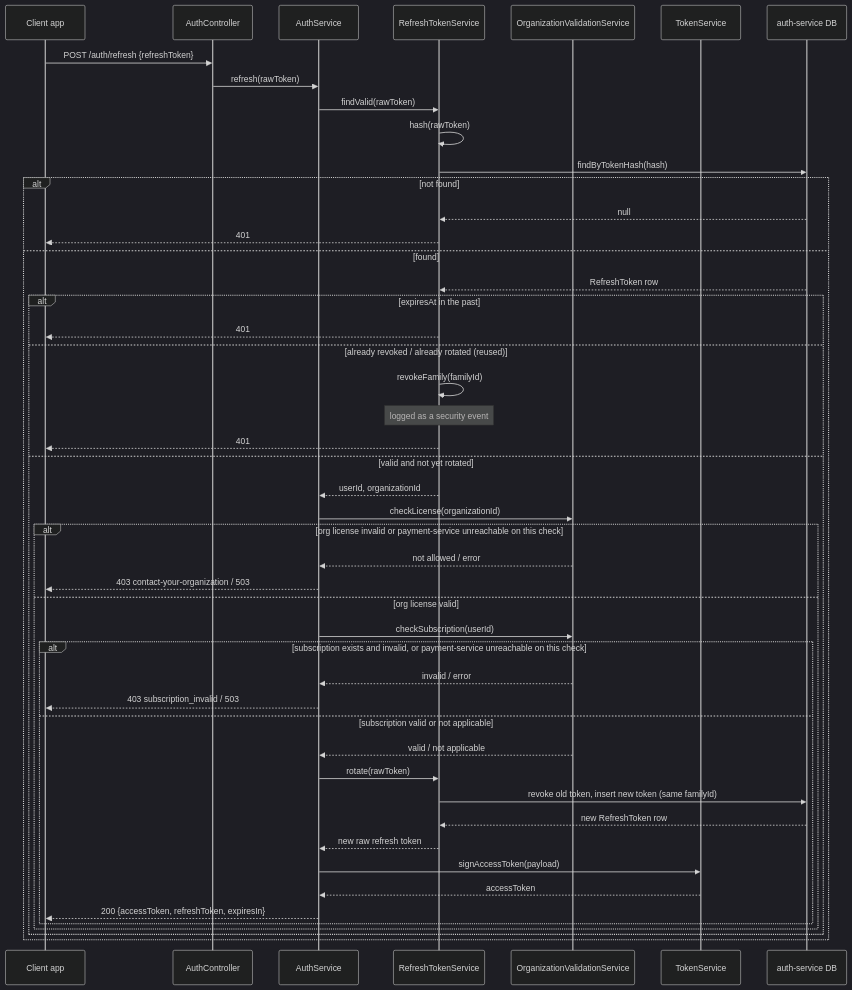
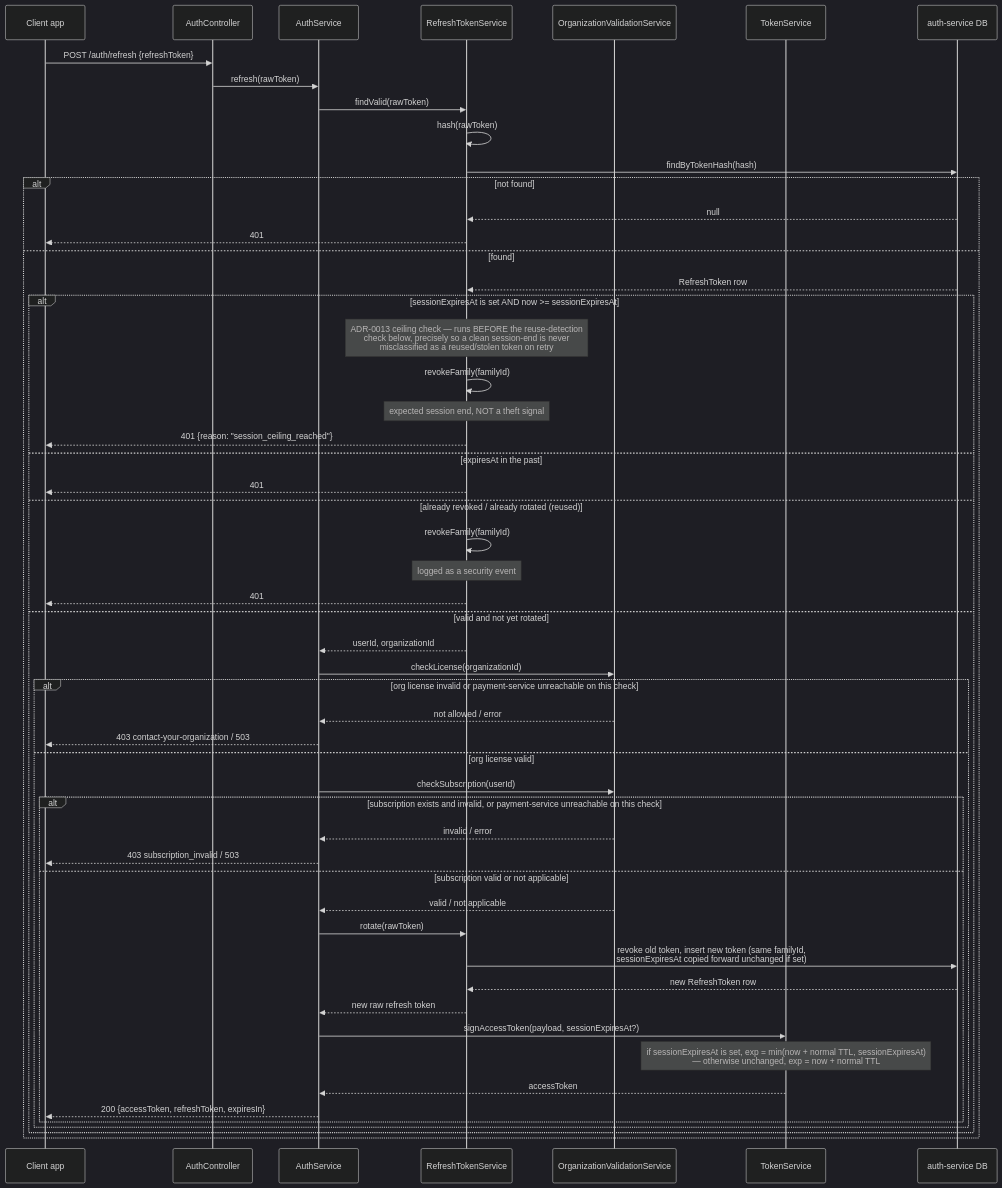
One commit to nawara-solutions/nawara-core changed the seventh of 17 diagrams in docs/sdd/auth-service.md. Above: the diagram before and after it, drawn with Mermaid (dark theme). The commit also changed other lines of this file and 13 other files, not shown here.

````diff
--- a/docs/sdd/auth-service.md
+++ b/docs/sdd/auth-service.md
@@ -532,51 +1156,57 @@
 ```mermaid
 sequenceDiagram
     participant App as Client app
     participant AC as AuthController
     participant AS as AuthService
     participant RTS as RefreshTokenService
     participant OVS as OrganizationValidationService
     participant TS as TokenService
     participant DB as auth-service DB
 
     App->>AC: POST /auth/refresh {refreshToken}
     AC->>AS: refresh(rawToken)
     AS->>RTS: findValid(rawToken)
     RTS->>RTS: hash(rawToken)
     RTS->>DB: findByTokenHash(hash)
     alt not found
         DB-->>RTS: null
         RTS-->>App: 401
     else found
         DB-->>RTS: RefreshToken row
-        alt expiresAt in the past
+        alt sessionExpiresAt is set AND now >= sessionExpiresAt
+            Note over RTS: ADR-0013 ceiling check — runs BEFORE the reuse-detection<br/>check below, precisely so a clean session-end is never<br/>misclassified as a reused/stolen token on retry
+            RTS->>RTS: revokeFamily(familyId)
+            Note over RTS: expected session end, NOT a theft signal
+            RTS-->>App: 401 {reason: "session_ceiling_reached"}
+        else expiresAt in the past
             RTS-->>App: 401
         else already revoked / already rotated (reused)
             RTS->>RTS: revokeFamily(familyId)
             Note over RTS: logged as a security event
             RTS-->>App: 401
         else valid and not yet rotated
             RTS-->>AS: userId, organizationId
             AS->>OVS: checkLicense(organizationId)
             alt org license invalid or payment-service unreachable on this check
                 OVS-->>AS: not allowed / error
                 AS-->>App: 403 contact-your-organization / 503
             else org license valid
                 AS->>OVS: checkSubscription(userId)
                 alt subscription exists and invalid, or payment-service unreachable on this check
                     OVS-->>AS: invalid / error
                     AS-->>App: 403 subscription_invalid / 503
                 else subscription valid or not applicable
                     OVS-->>AS: valid / not applicable
                     AS->>RTS: rotate(rawToken)
-                    RTS->>DB: revoke old token, insert new token (same familyId)
+                    RTS->>DB: revoke old token, insert new token (same familyId,<br/>sessionExpiresAt copied forward unchanged if set)
                     DB-->>RTS: new RefreshToken row
                     RTS-->>AS: new raw refresh token
-                    AS->>TS: signAccessToken(payload)
+                    AS->>TS: signAccessToken(payload, sessionExpiresAt?)
+                    Note over TS: if sessionExpiresAt is set, exp = min(now + normal TTL, sessionExpiresAt)<br/>— otherwise unchanged, exp = now + normal TTL
                     TS-->>AS: accessToken
                     AS-->>App: 200 {accessToken, refreshToken, expiresIn}
                 end
             end
         end
     end
 ```
````
